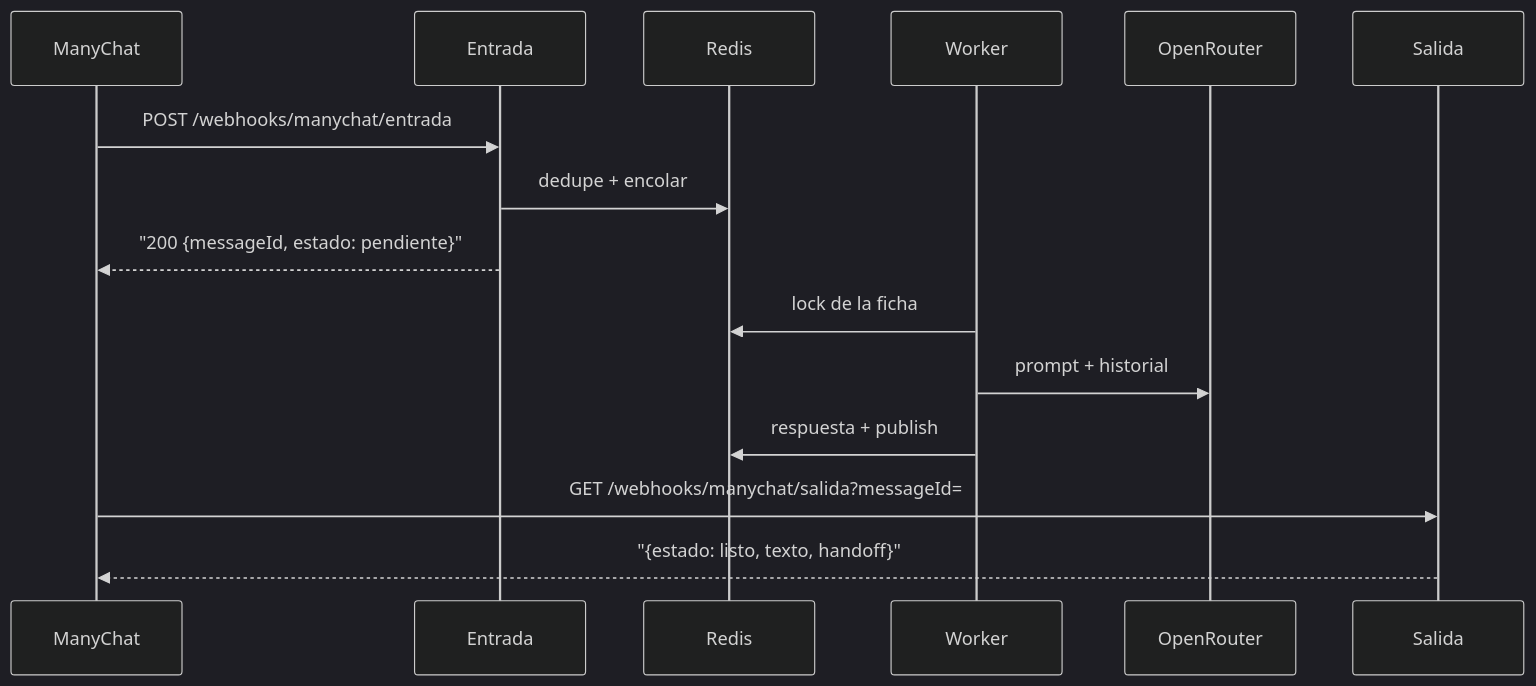
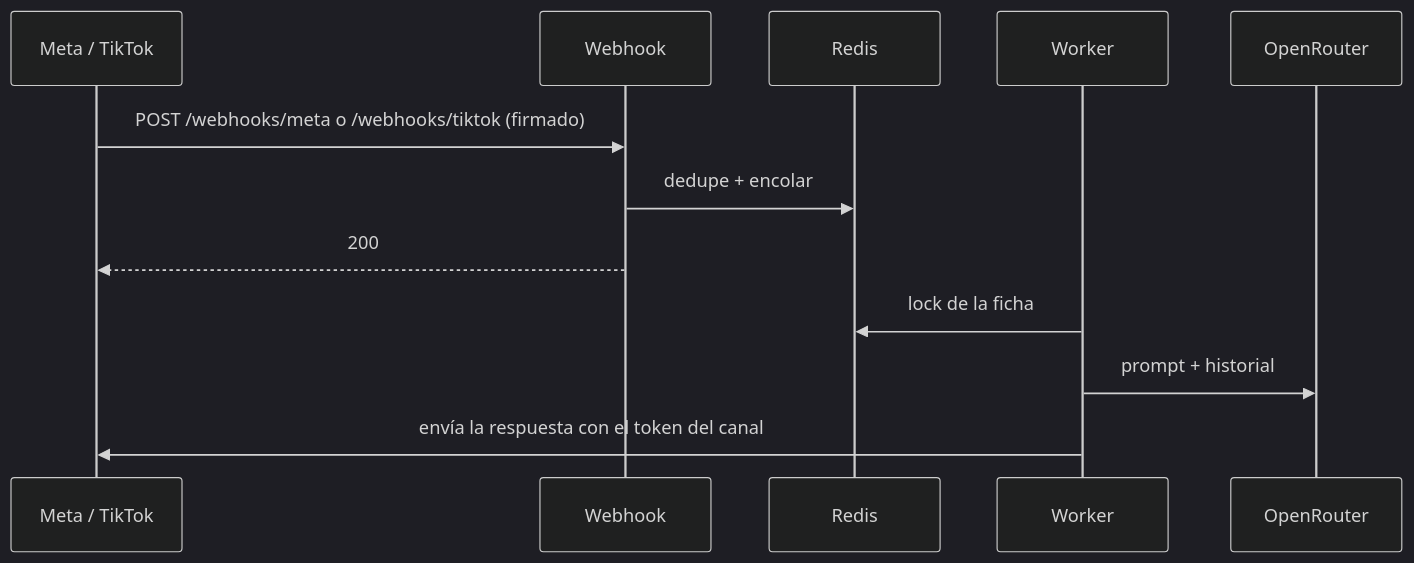
The diagram in backend.md (LauElToro/Orbita-back), drawn with Mermaid (dark theme) before and after one commit. The commit also changed other lines of this file and 36 other files, not shown here.

Commit message:
Sacar ManyChat y responder por Meta, TikTok y la web del comercio.

````diff
--- a/backend.md
+++ b/backend.md
@@ -99,17 +106,14 @@
 ```mermaid
 sequenceDiagram
-    participant MC as ManyChat
-    participant IN as Entrada
+    participant P as Meta / TikTok
+    participant API as Webhook
     participant R as Redis
     participant W as Worker
     participant OR as OpenRouter
-    participant OUT as Salida
-    MC->>IN: POST /webhooks/manychat/entrada
-    IN->>R: dedupe + encolar
-    IN-->>MC: "200 {messageId, estado: pendiente}"
+    P->>API: POST /webhooks/meta o /webhooks/tiktok (firmado)
+    API->>R: dedupe + encolar
+    API-->>P: 200
     W->>R: lock de la ficha
     W->>OR: prompt + historial
-    W->>R: respuesta + publish
-    MC->>OUT: GET /webhooks/manychat/salida?messageId=
-    OUT-->>MC: "{estado: listo, texto, handoff}"
+    W->>P: envía la respuesta con el token del canal
 ```
````
